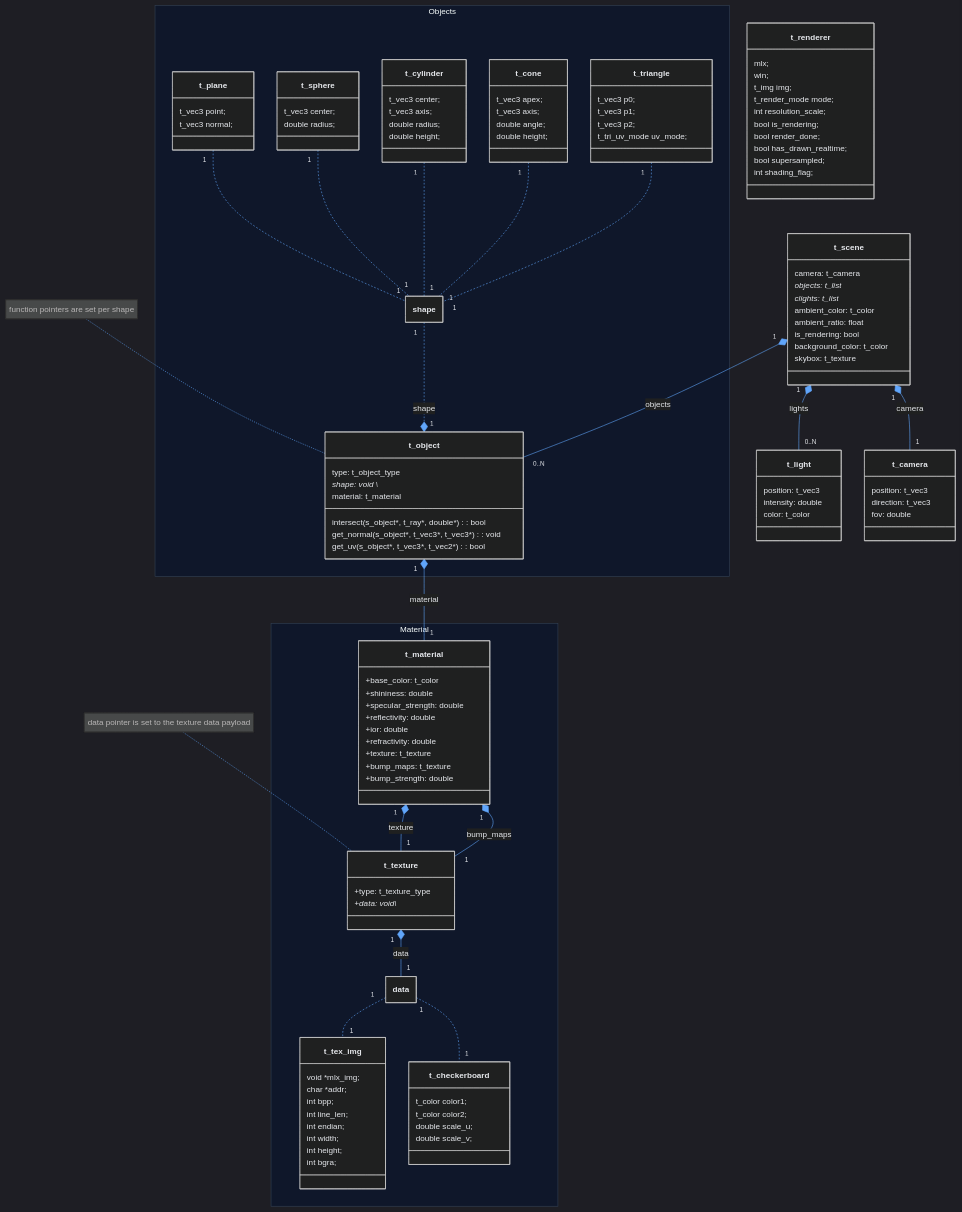
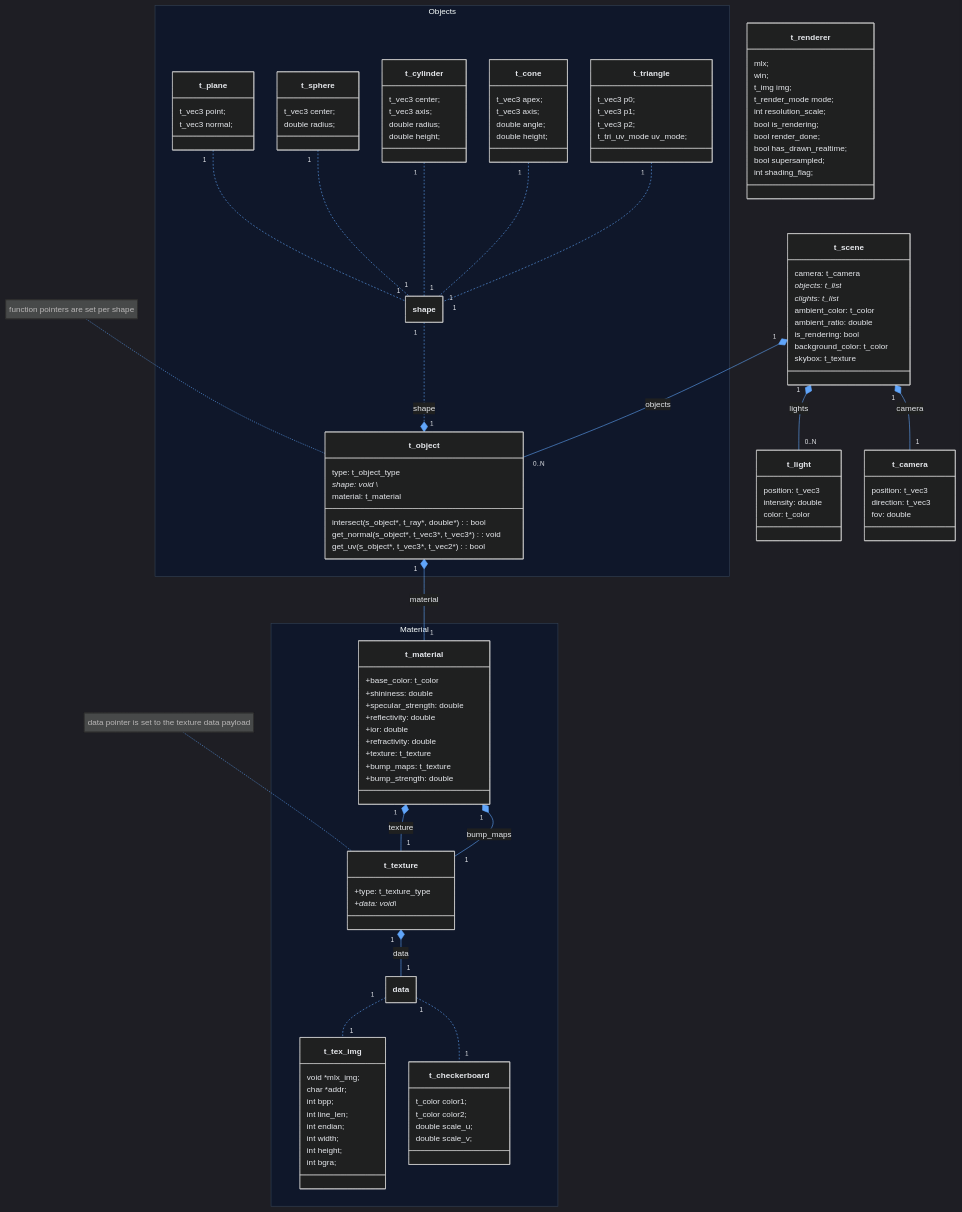
The diagram in docs/data_struct.md (antolp/miniRT), drawn with Mermaid before and after one commit. The commit also changed 4 other files, not shown here.

Commit message:
Reverted atof changes regarding treatement of leading zeroes in decimal; Updated sceneinid_guide.md according to the uniform usage of type double instead of float; Normed

```diff
--- a/docs/data_struct.md
+++ b/docs/data_struct.md
@@ -48,7 +48,7 @@
   objects: t_list*
   clights: t_list*
   ambient_color: t_color
-  ambient_ratio: float
+  ambient_ratio: double
   is_rendering: bool
   background_color: t_color
   skybox: t_texture
```
